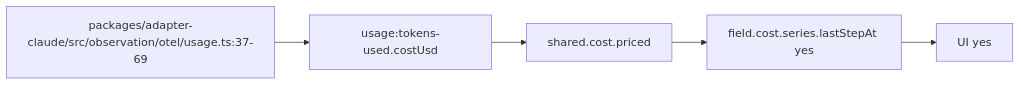
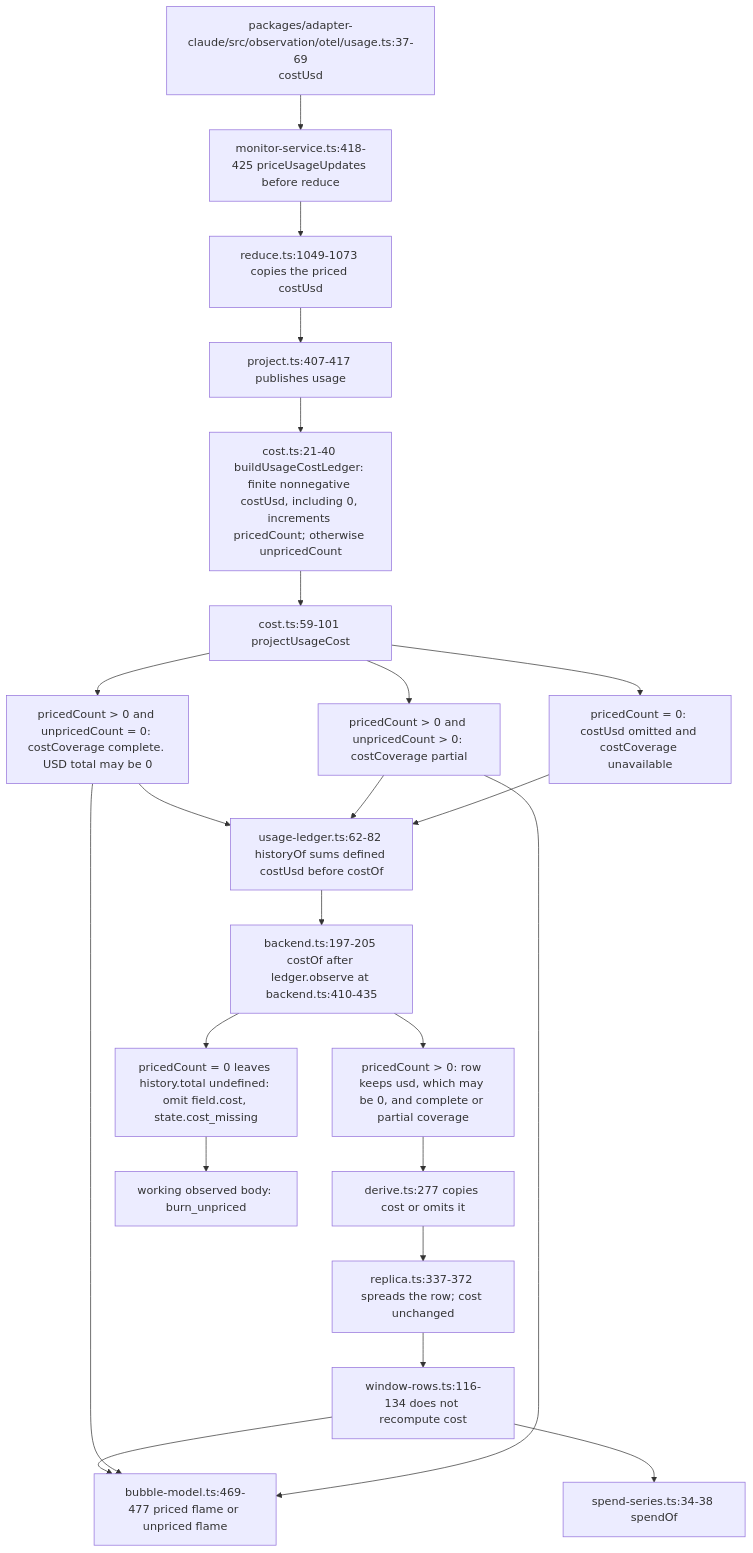
The diagram in audit/godview/evidence/claude/cost.series.lastStepAt.mmd (vibefield/vibefield), drawn with Mermaid before and after one commit. The commit also changed 1665 other files, not shown here.

```diff
--- a/audit/godview/evidence/claude/cost.series.lastStepAt.mmd
+++ b/audit/godview/evidence/claude/cost.series.lastStepAt.mmd
@@ -1,11 +1,27 @@
-%% graph_ref: shared.cost.priced
+%% field: field.cost.usd
 %% adapter: claude
-%% field: field.cost.series.lastStepAt
-%% forensic: source-read at 748d015; not a live sample
-flowchart LR
-  src["packages/adapter-claude/src/observation/otel/usage.ts:37-69"]
-  raw["usage:tokens-used.costUsd"]
-  shared["shared.cost.priced"]
-  row["field.cost.series.lastStepAt yes"]
-  ui["UI yes"]
-  src --> raw --> shared --> row --> ui
+%% forensic: source-read; liveObserved false
+flowchart TD
+  signal["packages/adapter-claude/src/observation/otel/usage.ts:37-69\ncostUsd"]
+  signal --> price["monitor-service.ts:418-425 priceUsageUpdates before reduce"]
+  price --> reduce["reduce.ts:1049-1073 copies the priced costUsd"]
+  reduce --> project["project.ts:407-417 publishes usage"]
+  project --> counts["cost.ts:21-40 buildUsageCostLedger: finite nonnegative costUsd, including 0, increments pricedCount; otherwise unpricedCount"]
+  counts --> decide["cost.ts:59-101 projectUsageCost"]
+  decide --> complete["pricedCount > 0 and unpricedCount = 0: costCoverage complete. USD total may be 0"]
+  decide --> partial["pricedCount > 0 and unpricedCount > 0: costCoverage partial"]
+  decide --> none["pricedCount = 0: costUsd omitted and costCoverage unavailable"]
+  complete --> agg["usage-ledger.ts:62-82 historyOf sums defined costUsd before costOf"]
+  partial --> agg
+  none --> agg
+  agg --> costOf["backend.ts:197-205 costOf after ledger.observe at backend.ts:410-435"]
+  costOf --> missing["pricedCount = 0 leaves history.total undefined: omit field.cost, state.cost_missing"]
+  costOf --> kept["pricedCount > 0: row keeps usd, which may be 0, and complete or partial coverage"]
+  kept --> derive["derive.ts:277 copies cost or omits it"]
+  derive --> replica["replica.ts:337-372 spreads the row; cost unchanged"]
+  replica --> window["window-rows.ts:116-134 does not recompute cost"]
+  window --> swarm["bubble-model.ts:469-477 priced flame or unpriced flame"]
+  window --> spend["spend-series.ts:34-38 spendOf"]
+  complete --> swarm
+  partial --> swarm
+  missing --> unpricedFlame["working observed body: burn_unpriced"]
```
